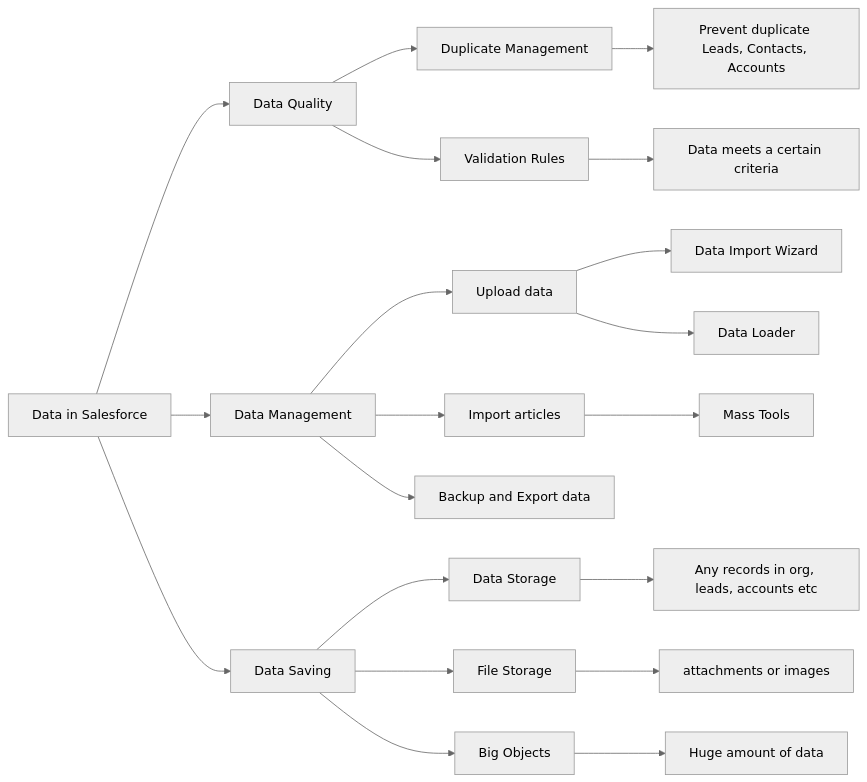
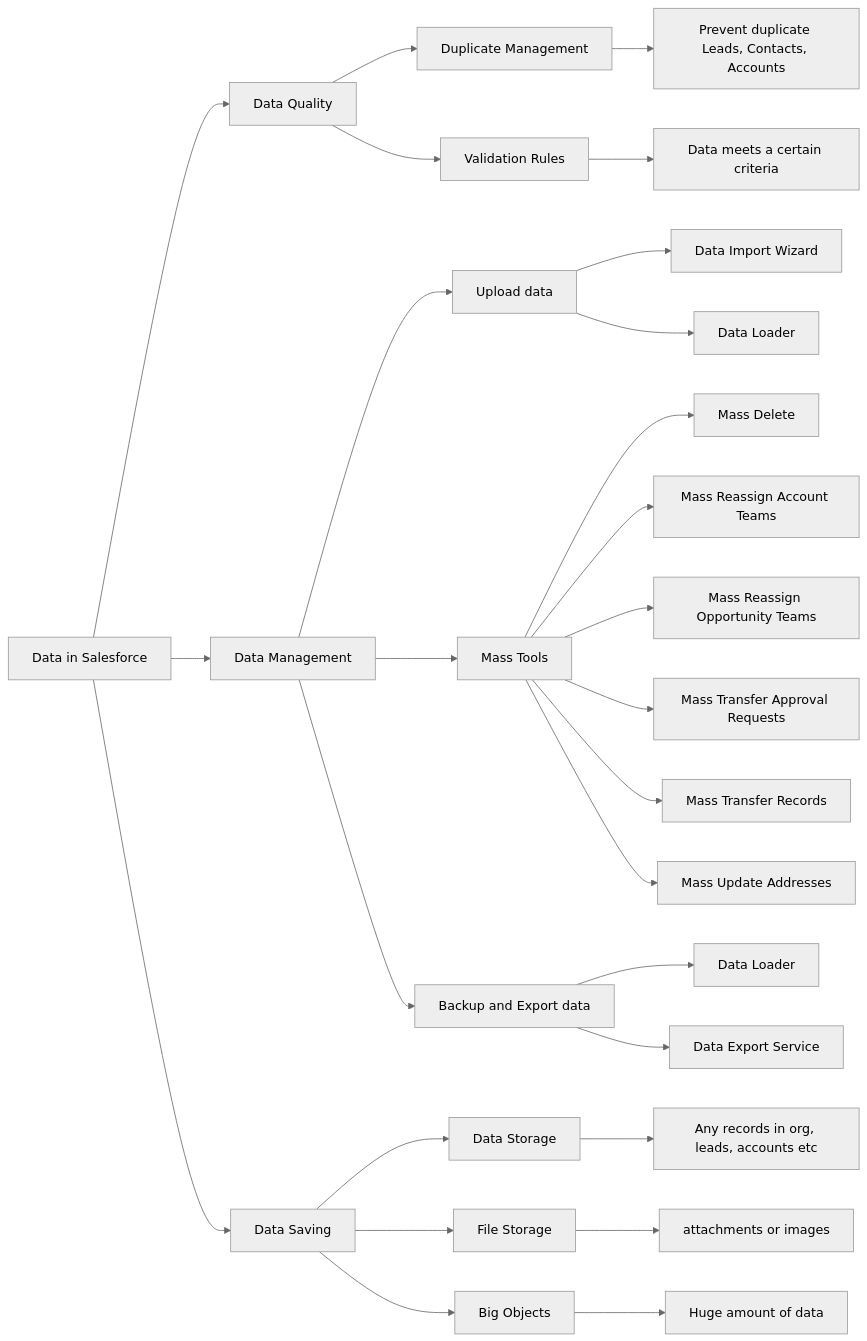
The fifth of 10 diagrams in notes/OM&LB.md (SanshanGan/salesforce-notes), drawn with Mermaid (neutral theme) before and after one commit. The commit also changed other lines of this file and 1 other file, not shown here.

````diff
--- a/notes/OM&LB.md
+++ b/notes/OM&LB.md
@@ -142,26 +259,25 @@
 ```mermaid
 flowchart LR
     A[Data in Salesforce] --> B[Data Quality]
     A --> C[Data Management]
     A --> N[Data Saving]
-    
     B --> D[Duplicate Management] --> G[Prevent duplicate Leads, Contacts, Accounts]
     B --> E[Validation Rules] --> F[Data meets a certain criteria]
-    
-    
     C --> H[Upload data]
-    C --> K[Import articles]
+    C --> K[Mass Tools]
     C --> M[Backup and Export data]
-    
-    
     H --> I[Data Import Wizard]
     H --> J[Data Loader]
-    
-    K --> L[Mass Tools]
-    
+    K --> W[Mass Delete]
+    K --> X[Mass Reassign Account Teams]
+    K --> Y[Mass Reassign Opportunity Teams]
+    K --> Z[Mass Transfer Approval Requests]
+    K --> a[Mass Transfer Records]
+    K --> b[Mass Update Addresses]
     N --> O[Data Storage] --> R[Any records in org, leads, accounts etc]
     N --> P[File Storage] --> S[attachments or images]
     N --> Q[Big Objects] --> T[Huge amount of data]
+    M --> U[Data Loader]
+    M --> V[Data Export Service]
 
- 
 ```
````
